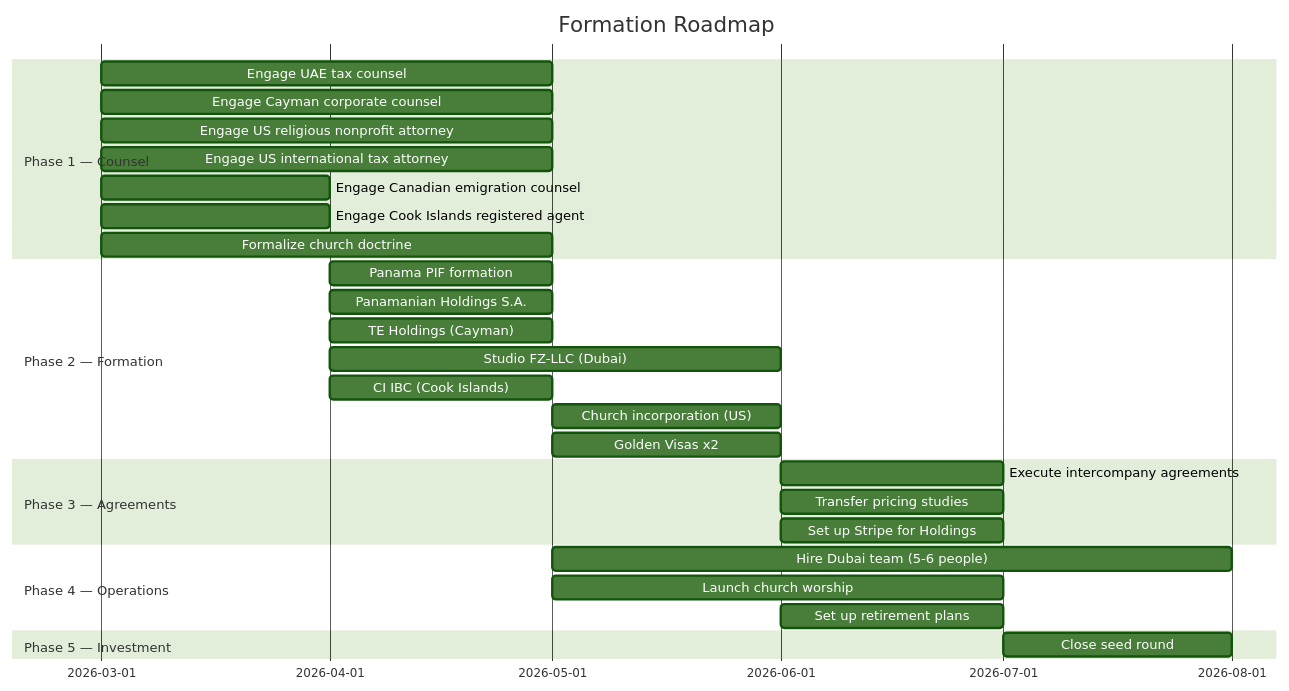
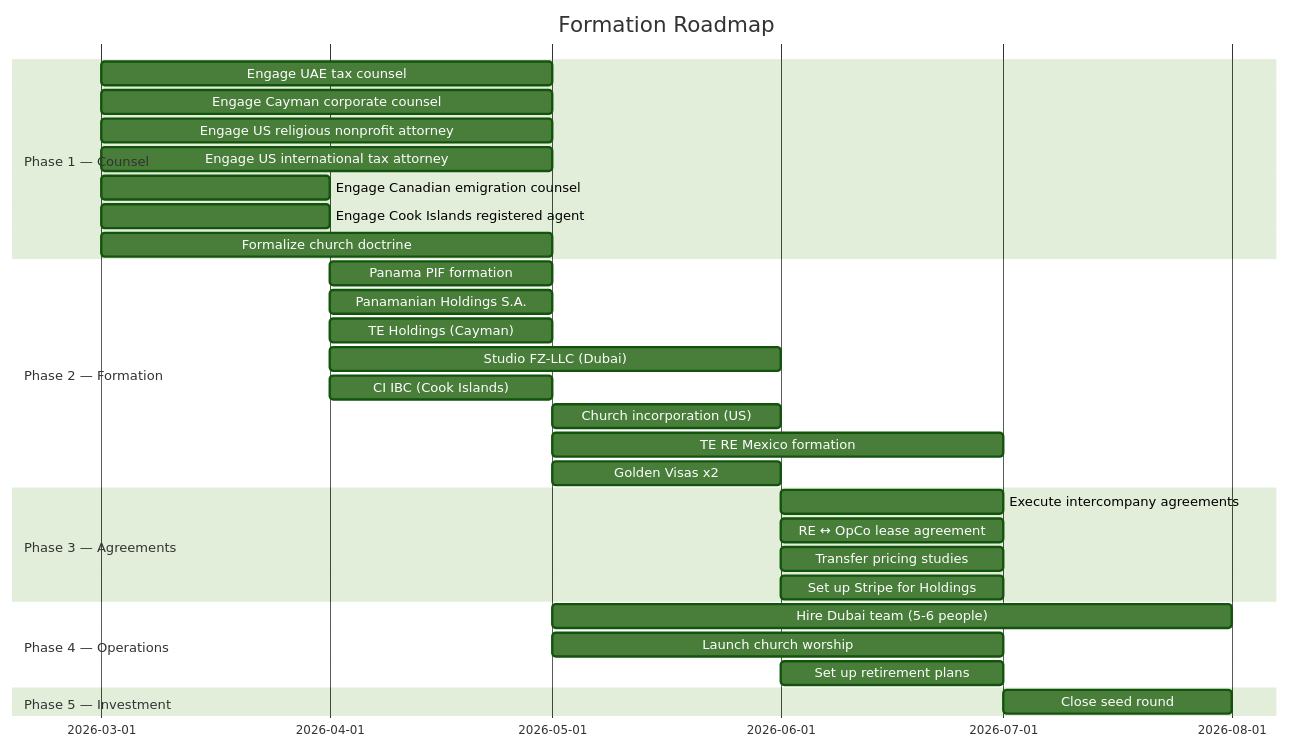
Diagram 18 of 18 in docs/tax-structure/01-MASTER-STRUCTURE.md (Light-Brands/epic-center), drawn with Mermaid (forest theme) before and after one commit. The commit also changed other lines of this file, not shown here.

First line of the commit message:
Reorder 01-MASTER-STRUCTURE.md for top-down flow

````diff
--- a/docs/tax-structure/01-MASTER-STRUCTURE.md
+++ b/docs/tax-structure/01-MASTER-STRUCTURE.md
@@ -666,31 +732,33 @@
 ```mermaid
 gantt
     title Formation Roadmap
     dateFormat YYYY-MM
     section Phase 1 — Counsel
     Engage UAE tax counsel           :2026-03, 2M
     Engage Cayman corporate counsel  :2026-03, 2M
     Engage US religious nonprofit attorney :2026-03, 2M
     Engage US international tax attorney   :2026-03, 2M
     Engage Canadian emigration counsel     :2026-03, 1M
     Engage Cook Islands registered agent   :2026-03, 1M
     Formalize church doctrine              :2026-03, 2M
     section Phase 2 — Formation
     Panama PIF formation             :2026-04, 1M
     Panamanian Holdings S.A.         :2026-04, 1M
     TE Holdings (Cayman)             :2026-04, 1M
     Studio FZ-LLC (Dubai)            :2026-04, 2M
     CI IBC (Cook Islands)            :2026-04, 1M
     Church incorporation (US)        :2026-05, 1M
+    TE RE Mexico formation           :2026-05, 2M
     Golden Visas x2                  :2026-05, 1M
     section Phase 3 — Agreements
     Execute intercompany agreements  :2026-06, 1M
+    RE ↔ OpCo lease agreement        :2026-06, 1M
     Transfer pricing studies         :2026-06, 1M
     Set up Stripe for Holdings       :2026-06, 1M
     section Phase 4 — Operations
     Hire Dubai team (5-6 people)     :2026-05, 3M
     Launch church worship            :2026-05, 2M
     Set up retirement plans          :2026-06, 1M
     section Phase 5 — Investment
     Close seed round                 :2026-07, 1M
 ```
````
